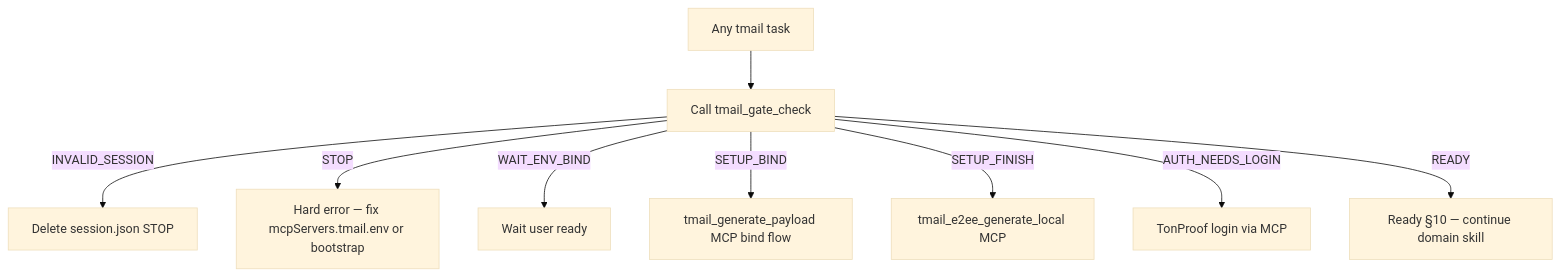
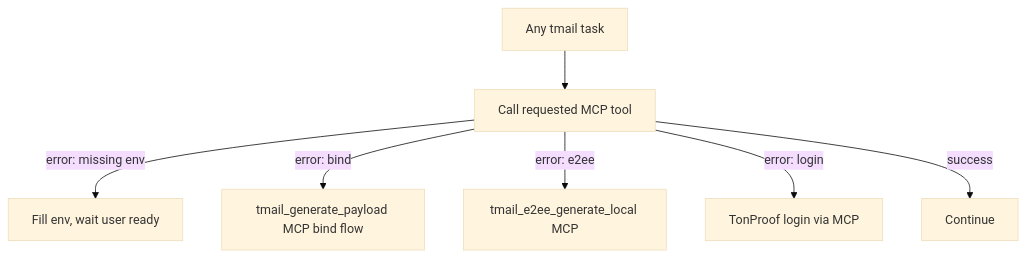
The second of 3 diagrams in skills/tmail-agent-setup/SKILL.md (torganization-ae/tmail-mcp), drawn with Mermaid (base theme) before and after one commit. The commit also changed other lines of this file and 20 other files, not shown here.

````diff
--- a/skills/tmail-agent-setup/SKILL.md
+++ b/skills/tmail-agent-setup/SKILL.md
@@ -257,11 +257,9 @@
 ```mermaid
 flowchart TD
-    start[Any tmail task] --> gateCheck[Call tmail_gate_check]
-    gateCheck -->|INVALID_SESSION| invalid[Delete session.json STOP]
-    gateCheck -->|STOP| stopHard[Hard error — fix mcpServers.tmail.env or bootstrap]
-    gateCheck -->|WAIT_ENV_BIND| stopWait[Wait user ready]
-    gateCheck -->|SETUP_BIND| bindFlow[tmail_generate_payload MCP bind flow]
-    gateCheck -->|SETUP_FINISH| finishFlow[tmail_e2ee_generate_local MCP]
-    gateCheck -->|AUTH_NEEDS_LOGIN| loginRoute[TonProof login via MCP]
-    gateCheck -->|READY| readyOk[Ready §10 — continue domain skill]
+    start[Any tmail task] --> toolCall[Call requested MCP tool]
+    toolCall -->|error: missing env| stopWait[Fill env, wait user ready]
+    toolCall -->|error: bind| bindFlow[tmail_generate_payload MCP bind flow]
+    toolCall -->|error: e2ee| finishFlow[tmail_e2ee_generate_local MCP]
+    toolCall -->|error: login| loginRoute[TonProof login via MCP]
+    toolCall -->|success| readyOk[Continue]
 ```
````
